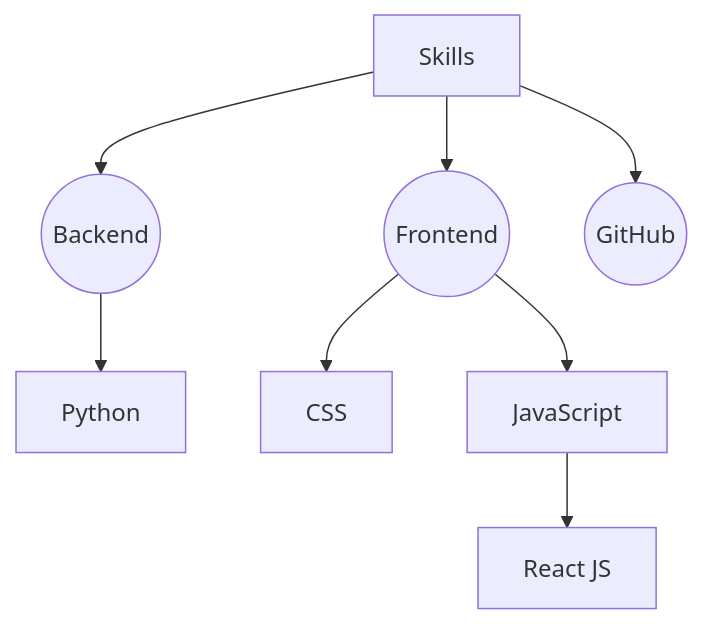
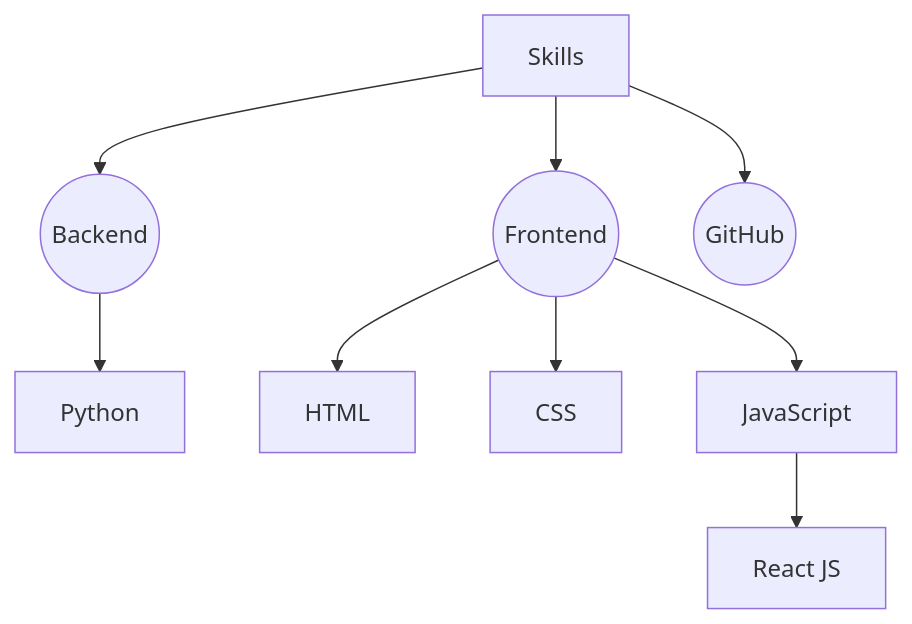
One commit to sergey-efanov/rsschool-cv changed the diagram in cv.md. Above: the diagram before and after it, drawn with Mermaid. The commit also changed other lines of this file, not shown here.

````diff
--- a/cv.md
+++ b/cv.md
@@ -17,10 +33,11 @@
 ```mermaid
 flowchart
 A[Skills]-->B((Frontend))
 A-->E((Backend))
 A-->H((GitHub))
 E-->F[Python]
+B-->I[HTML]
 B-->C[CSS]
 B-->D[JavaScript]
 D-->G[React JS]
 ```
````
